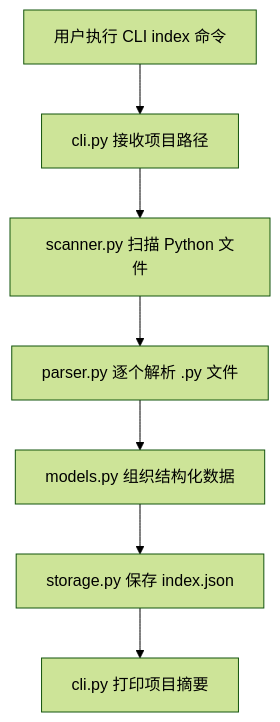
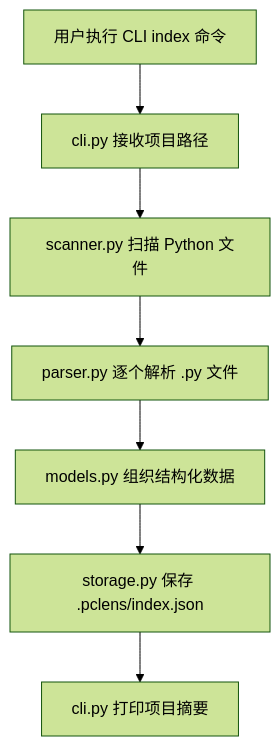
One commit to yesterre/PyCode changed the first of 3 diagrams in docs/stage1_development_record.md. Above: the diagram before and after it, drawn with Mermaid (forest theme). The commit also changed other lines of this file and 19 other files, not shown here.

````diff
--- a/docs/stage1_development_record.md
+++ b/docs/stage1_development_record.md
@@ -202,9 +196,9 @@
 ```mermaid
 flowchart TD
     A[用户执行 CLI index 命令] --> B[cli.py 接收项目路径]
     B --> C[scanner.py 扫描 Python 文件]
     C --> D[parser.py 逐个解析 .py 文件]
     D --> E[models.py 组织结构化数据]
-    E --> F[storage.py 保存 index.json]
+    E --> F[storage.py 保存 .pclens/index.json]
     F --> G[cli.py 打印项目摘要]
 ```
````
